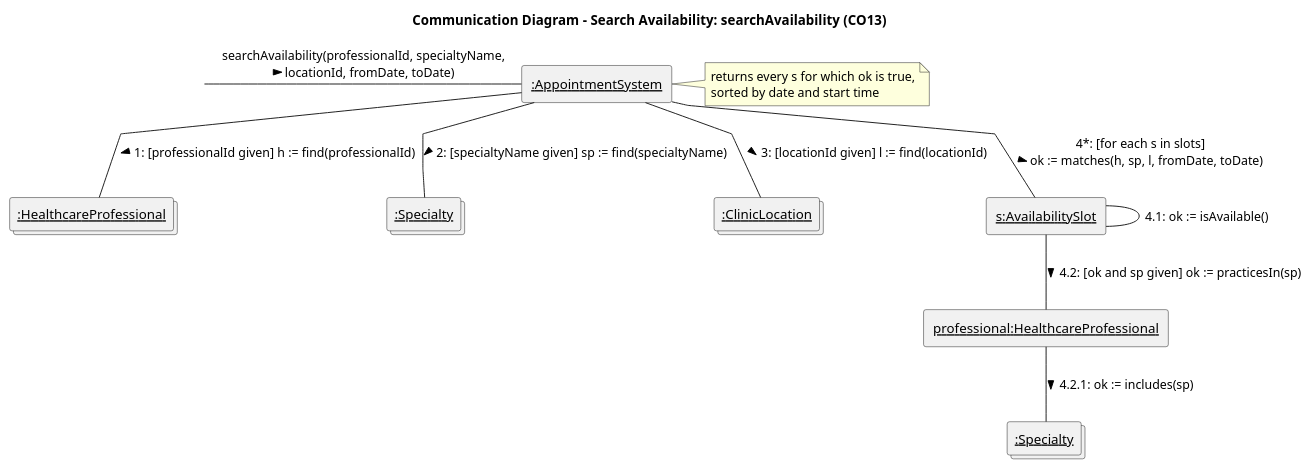
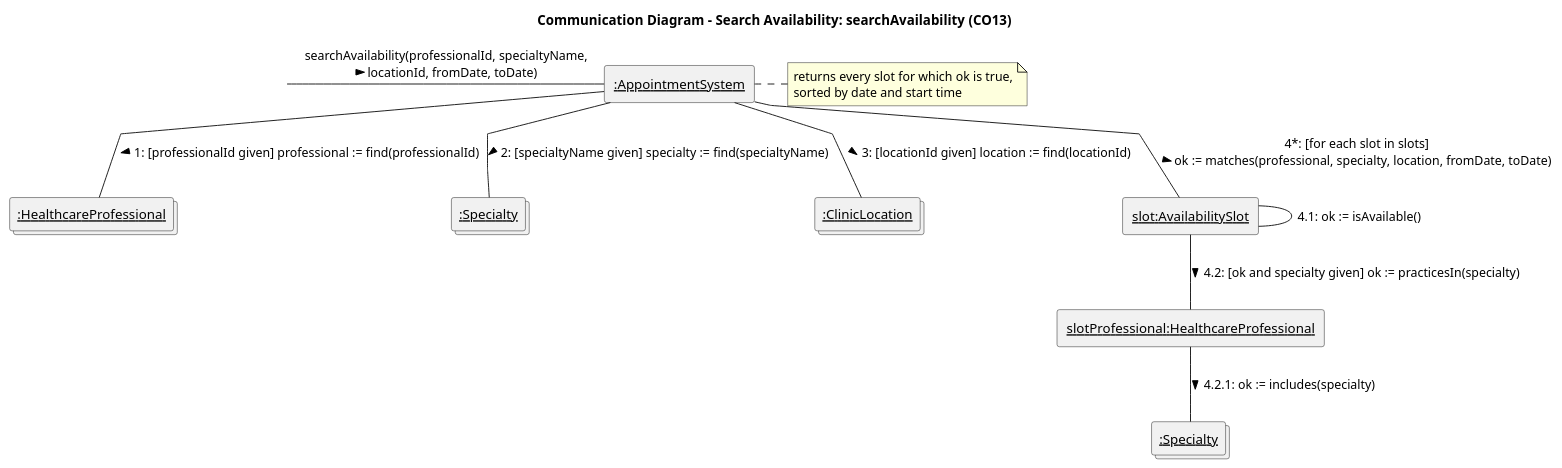
The diagram in docs/interaction-diagrams/search-availability.puml (rakib-akter/SOEN-342-Project), drawn with PlantUML before and after one commit. The commit also changed 10 other files, not shown here.

Commit message:
rename the short letters in the interaction diagrams and design notes to full names (p -> patient, h -> professional, l -> location etc) so its easier to read

```diff
--- a/docs/interaction-diagrams/search-availability.puml
+++ b/docs/interaction-diagrams/search-availability.puml
@@ -1,28 +1,28 @@
 @startuml search-availability
 title Communication Diagram - Search Availability: searchAvailability (CO13)
 skinparam linetype polyline
 
 label " " as start
 rectangle "<u>:AppointmentSystem</u>" as ctrl
 collections "<u>:HealthcareProfessional</u>" as professionals
 collections "<u>:Specialty</u>" as specialties
 collections "<u>:ClinicLocation</u>" as locations
-rectangle "<u>s:AvailabilitySlot</u>" as s
-rectangle "<u>professional:HealthcareProfessional</u>" as hp
+rectangle "<u>slot:AvailabilitySlot</u>" as slot
+rectangle "<u>slotProfessional:HealthcareProfessional</u>" as hp
 collections "<u>:Specialty</u>" as hpSpecialties
 
 start -right- ctrl : "searchAvailability(professionalId, specialtyName,\nlocationId, fromDate, toDate) >"
 
-ctrl -- professionals : "1: [professionalId given] h := find(professionalId) >"
-ctrl -- specialties : "2: [specialtyName given] sp := find(specialtyName) >"
-ctrl -- locations : "3: [locationId given] l := find(locationId) >"
-ctrl -- s : "4*: [for each s in slots]\nok := matches(h, sp, l, fromDate, toDate) >"
-s -- s : "4.1: ok := isAvailable()"
-s -- hp : "4.2: [ok and sp given] ok := practicesIn(sp) >"
-hp -- hpSpecialties : "4.2.1: ok := includes(sp) >"
+ctrl -- professionals : "1: [professionalId given] professional := find(professionalId) >"
+ctrl -- specialties : "2: [specialtyName given] specialty := find(specialtyName) >"
+ctrl -- locations : "3: [locationId given] location := find(locationId) >"
+ctrl -- slot : "4*: [for each slot in slots]\nok := matches(professional, specialty, location, fromDate, toDate) >"
+slot -- slot : "4.1: ok := isAvailable()"
+slot -- hp : "4.2: [ok and specialty given] ok := practicesIn(specialty) >"
+hp -- hpSpecialties : "4.2.1: ok := includes(specialty) >"
 
 note right of ctrl
-  returns every s for which ok is true,
+  returns every slot for which ok is true,
   sorted by date and start time
 end note
 @enduml
```
